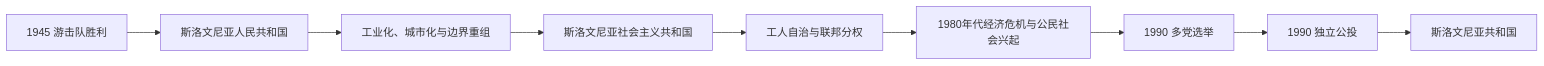
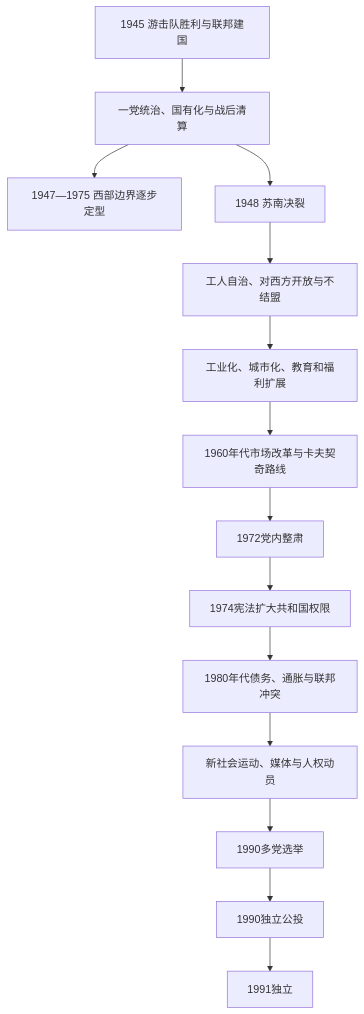
The diagram in 人文科学/历史/欧洲/东南欧与巴尔干/斯洛文尼亚/社会主义斯洛文尼亚.md (tianlan-dev/learning-notes), drawn with Mermaid before and after one commit. The commit also changed other lines of this file and 1417 other files, not shown here.

````diff
--- a/人文科学/历史/欧洲/东南欧与巴尔干/斯洛文尼亚/社会主义斯洛文尼亚.md
+++ b/人文科学/历史/欧洲/东南欧与巴尔干/斯洛文尼亚/社会主义斯洛文尼亚.md
@@ -15,11 +28,16 @@
 ```mermaid
-flowchart LR
-    Liberation["1945 游击队胜利"] --> PR["斯洛文尼亚人民共和国"]
-    PR --> Industrial["工业化、城市化与边界重组"]
-    Industrial --> SR["斯洛文尼亚社会主义共和国"]
-    SR --> SelfManagement["工人自治与联邦分权"]
-    SelfManagement --> CivilSociety["1980年代经济危机与公民社会兴起"]
-    CivilSociety --> Elections["1990 多党选举"]
-    Elections --> Plebiscite["1990 独立公投"]
-    Plebiscite --> Republic["斯洛文尼亚共和国"]
+flowchart TD
+    Victory["1945 游击队胜利与联邦建国"] --> OneParty["一党统治、国有化与战后清算"]
+    OneParty --> Border["1947—1975 西部边界逐步定型"]
+    OneParty --> Split["1948 苏南决裂"]
+    Split --> SelfManagement["工人自治、对西方开放与不结盟"]
+    SelfManagement --> Modernization["工业化、城市化、教育和福利扩展"]
+    Modernization --> Reform["1960年代市场改革与卡夫契奇路线"]
+    Reform --> Retrenchment["1972党内整肃"]
+    Retrenchment --> Constitution["1974宪法扩大共和国权限"]
+    Constitution --> Crisis["1980年代债务、通胀与联邦冲突"]
+    Crisis --> CivilSociety["新社会运动、媒体与人权动员"]
+    CivilSociety --> Elections["1990多党选举"]
+    Elections --> Plebiscite["1990独立公投"]
+    Plebiscite --> Independence["1991独立"]
 ```
````
